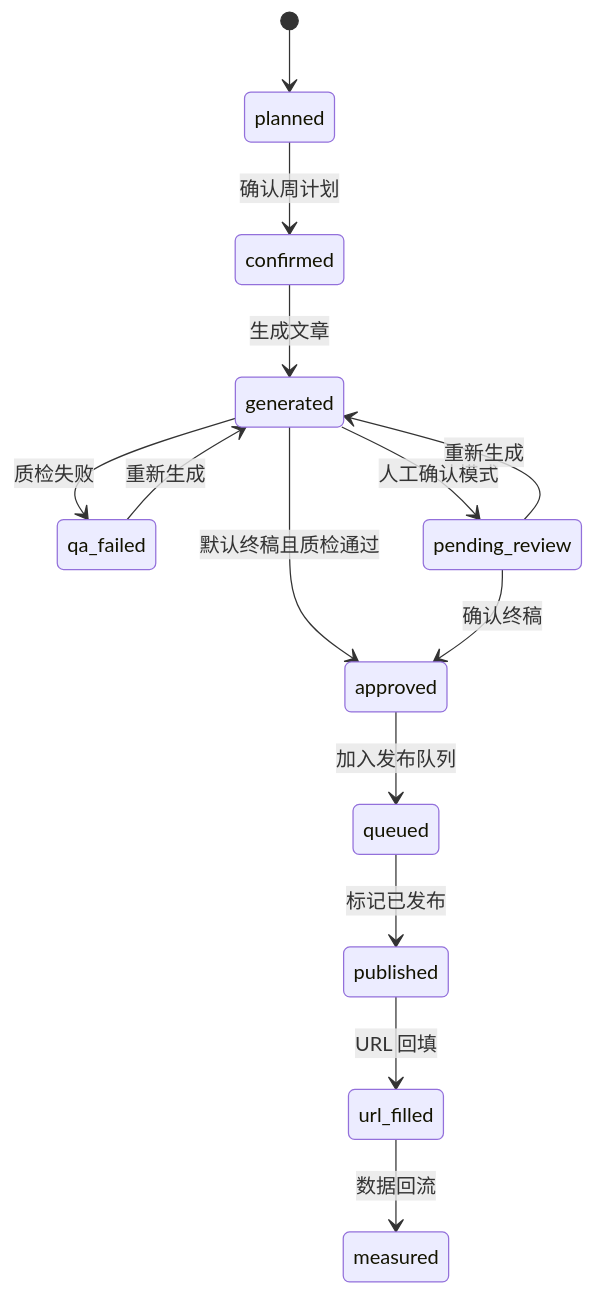
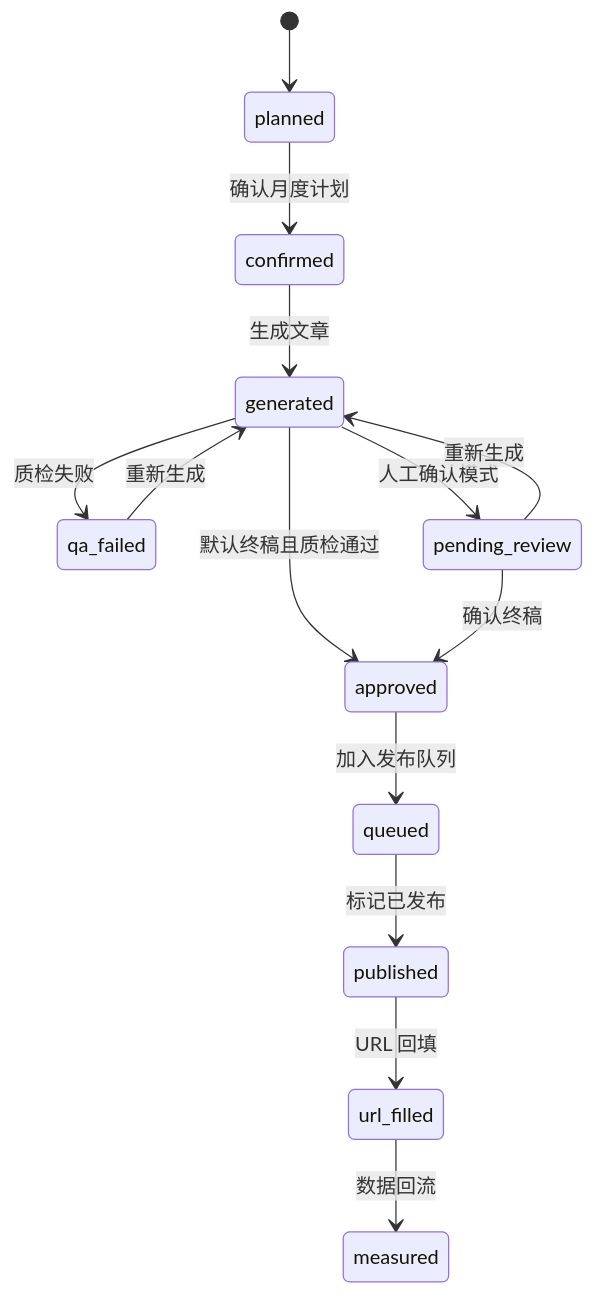
One commit to 1736280642-Star/gtm-content-growth-workbench changed the second of 4 diagrams in docs/MVP-PRD2.md. Above: the diagram before and after it, drawn with Mermaid. The commit also changed other lines of this file and 63 other files, not shown here.

````diff
--- a/docs/MVP-PRD2.md
+++ b/docs/MVP-PRD2.md
@@ -270,16 +260,16 @@
 ```mermaid
 stateDiagram-v2
     [*] --> planned
-    planned --> confirmed: 确认周计划
+    planned --> confirmed: 确认月度计划
     confirmed --> generated: 生成文章
     generated --> qa_failed: 质检失败
     qa_failed --> generated: 重新生成
     generated --> pending_review: 人工确认模式
     generated --> approved: 默认终稿且质检通过
     pending_review --> approved: 确认终稿
     pending_review --> generated: 重新生成
     approved --> queued: 加入发布队列
     queued --> published: 标记已发布
     published --> url_filled: URL 回填
     url_filled --> measured: 数据回流
 ```
````
